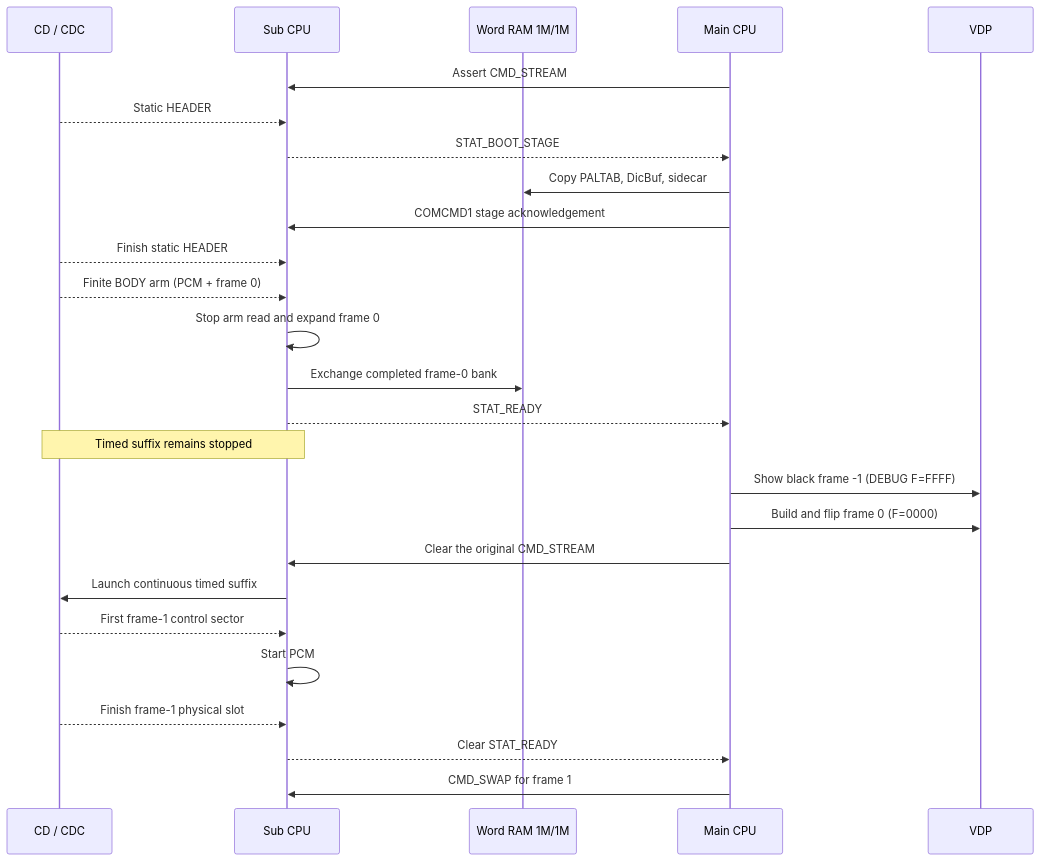
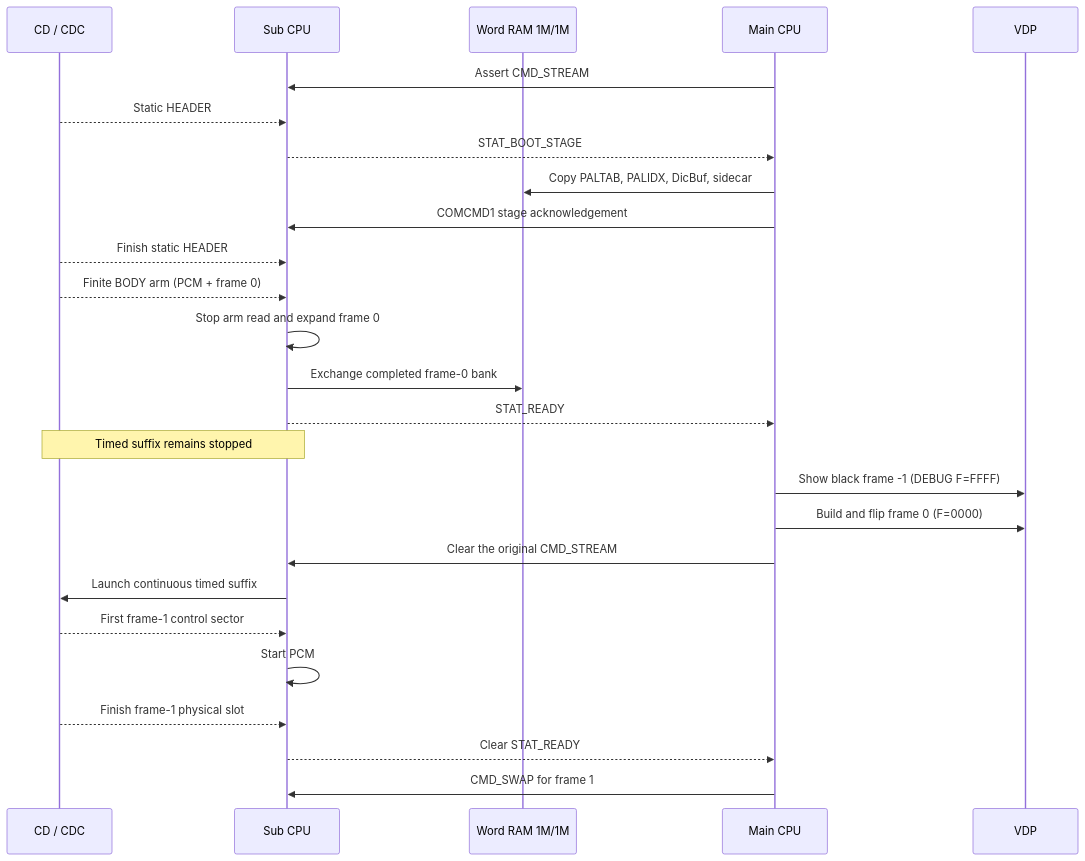
Before and after one commit to akiyan/segacd-fmv-cavc: the first of 4 diagrams in PLAYER.md, drawn with Mermaid. The commit also changed other lines of this file and 4 other files, not shown here.

````diff
--- a/PLAYER.md
+++ b/PLAYER.md
@@ -212,29 +216,29 @@
 ```mermaid
 sequenceDiagram
     participant CD as CD / CDC
     participant S as Sub CPU
     participant W as Word RAM 1M/1M
     participant M as Main CPU
     participant V as VDP
 
     M->>S: Assert CMD_STREAM
     CD-->>S: Static HEADER
     S-->>M: STAT_BOOT_STAGE
-    M->>W: Copy PALTAB, DicBuf, sidecar
+    M->>W: Copy PALTAB, PALIDX, DicBuf, sidecar
     M->>S: COMCMD1 stage acknowledgement
     CD-->>S: Finish static HEADER
     CD-->>S: Finite BODY arm (PCM + frame 0)
     S->>S: Stop arm read and expand frame 0
     S->>W: Exchange completed frame-0 bank
     S-->>M: STAT_READY
     Note over S,CD: Timed suffix remains stopped
     M->>V: Show black frame -1 (DEBUG F=FFFF)
     M->>V: Build and flip frame 0 (F=0000)
     M->>S: Clear the original CMD_STREAM
     S->>CD: Launch continuous timed suffix
     CD-->>S: First frame-1 control sector
     S->>S: Start PCM
     CD-->>S: Finish frame-1 physical slot
     S-->>M: Clear STAT_READY
     M->>S: CMD_SWAP for frame 1
 ```
````
